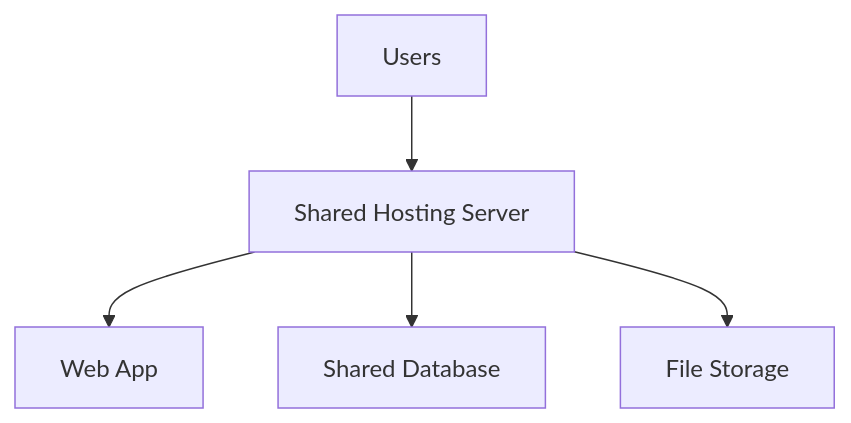
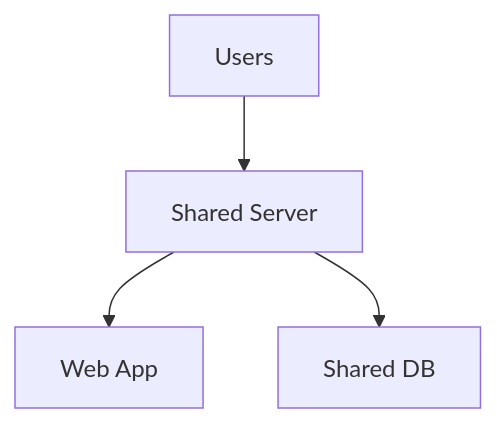
One commit to quesiblaq442-del/architecture-diagram changed diagram 20 of 25 in ARCHITECTURE.md. Above: the diagram before and after it, drawn with Mermaid. The commit also changed other lines of this file, not shown here.

````diff
--- a/ARCHITECTURE.md
+++ b/ARCHITECTURE.md
@@ -457,7 +530,6 @@
 ```mermaid
 graph TB
-    Users["Users"] --> SharedHost["Shared Hosting Server"]
-    SharedHost --> App["Web App"]
-    SharedHost --> DB["Shared Database"]
-    SharedHost --> FTP["File Storage"]
+    Users["Users"] --> Server["Shared Server"]
+    Server --> App["Web App"]
+    Server --> DB["Shared DB"]
 ```
````
